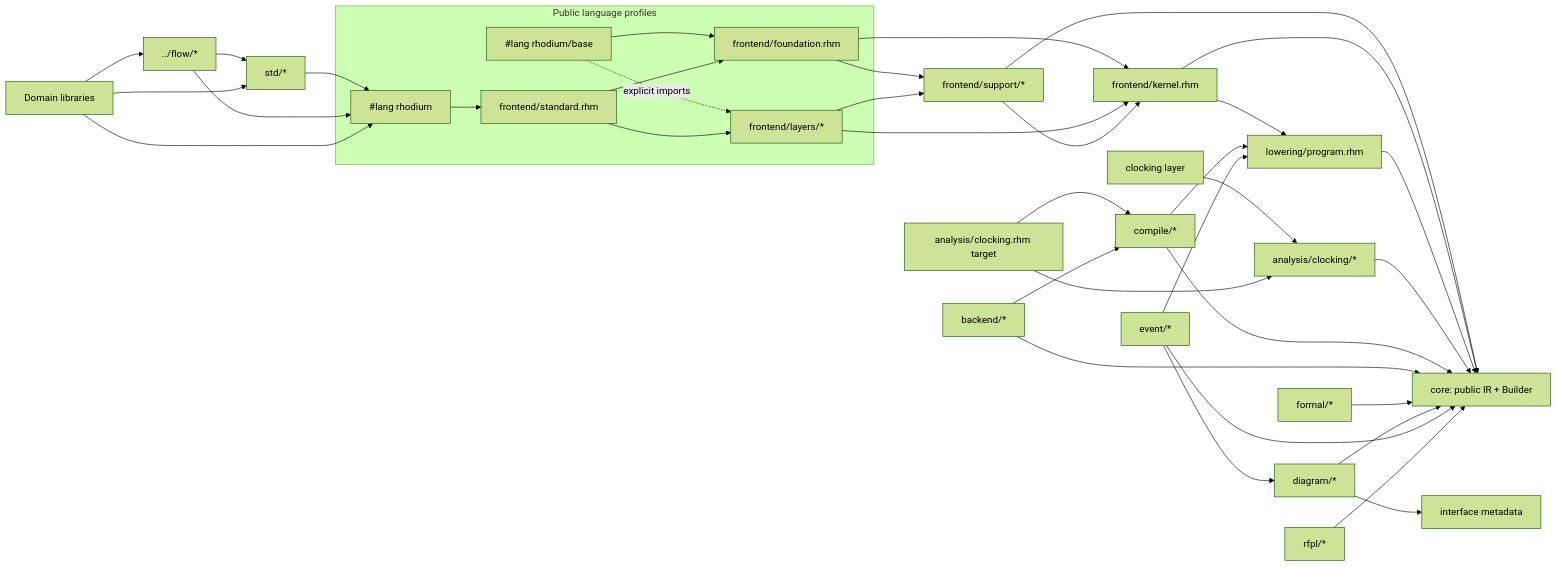
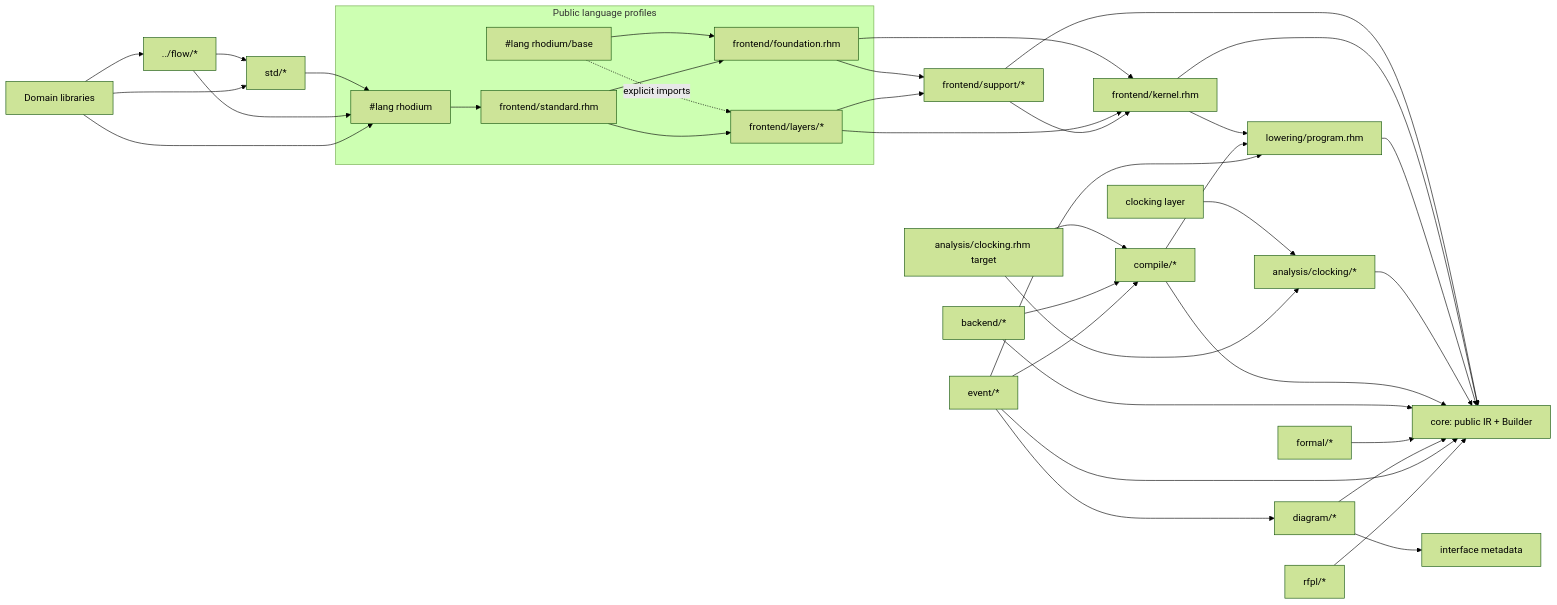
Before and after one commit to jerryz123/rhodium: the diagram in rhodium/DEVELOPING.md, drawn with Mermaid (forest theme). The commit also changed other lines of this file and 19 other files, not shown here.

````diff
--- a/rhodium/DEVELOPING.md
+++ b/rhodium/DEVELOPING.md
@@ -20,44 +20,45 @@
 ```mermaid
 flowchart LR
   subgraph Profiles[Public language profiles]
     Rhodium["#lang rhodium"] --> Standard["frontend/standard.rhm"]
     Base["#lang rhodium/base"] --> Foundation["frontend/foundation.rhm"]
     Base -.->|explicit imports| Layers["frontend/layers/*"]
     Standard --> Foundation
     Standard --> Layers
   end
 
   Foundation --> Support["frontend/support/*"]
   Foundation --> Kernel["frontend/kernel.rhm"]
   Layers --> Support
   Layers --> Kernel
   Support --> Kernel
   Support --> Core["core: public IR + Builder"]
   Kernel --> Core
   Kernel --> Lowering["lowering/program.rhm"]
   Lowering --> Core
 
   Clocking["clocking layer"] --> Analysis["analysis/clocking/*"]
   Analysis --> Core
   ClockTarget["analysis/clocking.rhm target"] --> Analysis
   ClockTarget --> Compile
 
   Compile["compile/*"] --> Core
   Compile --> Lowering
   Backend["backend/*"] --> Core
   Backend --> Compile
   Formal["formal/*"] --> Core
   Diagram["diagram/*"] --> Core
   Diagram --> InterfaceMeta["interface metadata"]
   EventGraph["event/*"] --> Diagram
   EventGraph --> Core
   EventGraph --> Lowering
+  EventGraph --> Compile
 
   RFPL["rfpl/*"] --> Core
   Std["std/*"] --> Rhodium
   Flow["../flow/*"] --> Std
   Flow --> Rhodium
   Libraries["Domain libraries"] --> Flow
   Libraries --> Std
   Libraries --> Rhodium
 ```
````
